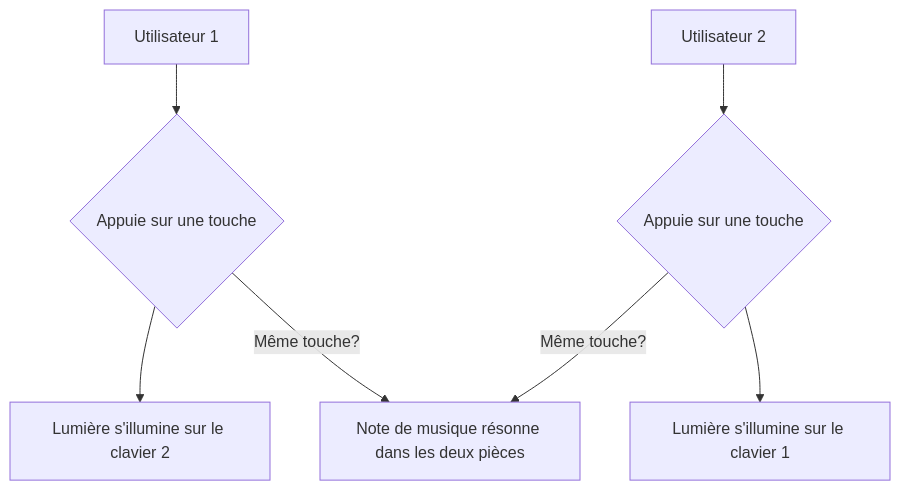
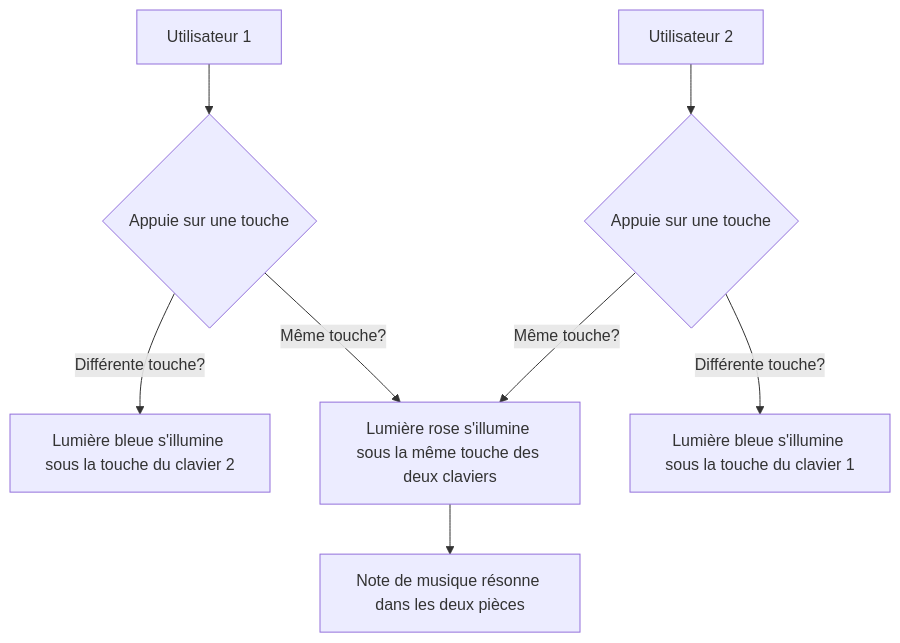
Before and after one commit to Justinersu/ES-2-scenarisation: the diagram in README.md, drawn with Mermaid. The commit also changed other lines of this file, not shown here.

`````diff
--- a/README.md
+++ b/README.md
@@ -9,9 +9,10 @@
 ````mermaid
 graph TD;
     A[Utilisateur 1] -->B{Appuie sur une touche}
-    B --> F[Lumière s'illumine sur le clavier 2]
-    E --> |Même touche?| C[Note de musique résonne dans les deux pièces]
+    B --> |Différente touche?| F[Lumière bleue s'illumine sous la touche du clavier 2]
+    E --> |Même touche?| C[Lumière rose s'illumine sous la même touche des deux claviers]
     B --> |Même touche?| C
+    C --> H[Note de musique résonne dans les deux pièces]
     D[Utilisateur 2] -->E{Appuie sur une touche}
-    E --> G[Lumière s'illumine sur le clavier 1]
+    E --> |Différente touche?| G[Lumière bleue s'illumine sous la touche du clavier 1]
 ````
`````
